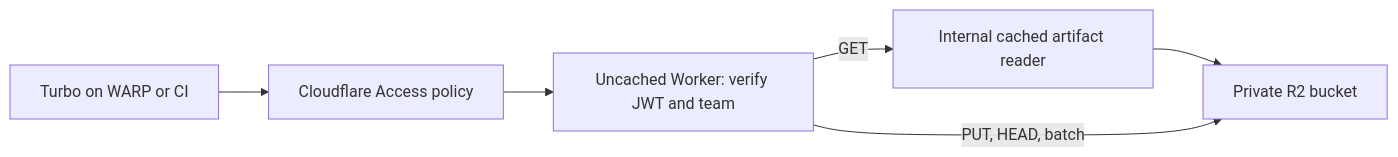
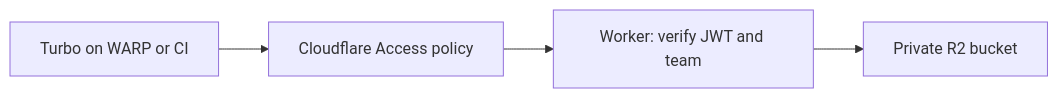
One commit to tractorbeamai/cloudflare-vercel-remote-cache changed the diagram in README.md. Above: the diagram before and after it, drawn with Mermaid. The commit also changed other lines of this file and 8 other files, not shown here.

````diff
--- a/README.md
+++ b/README.md
@@ -9,8 +8,6 @@
 ```mermaid
 flowchart LR
   Client[Turbo on WARP or CI] --> Access[Cloudflare Access policy]
-  Access --> Gateway[Uncached Worker: verify JWT and team]
-  Gateway -->|GET| Reader[Internal cached artifact reader]
-  Reader --> R2[Private R2 bucket]
-  Gateway -->|PUT, HEAD, batch| R2
+  Access --> Worker[Worker: verify JWT and team]
+  Worker --> R2[Private R2 bucket]
 ```
````
